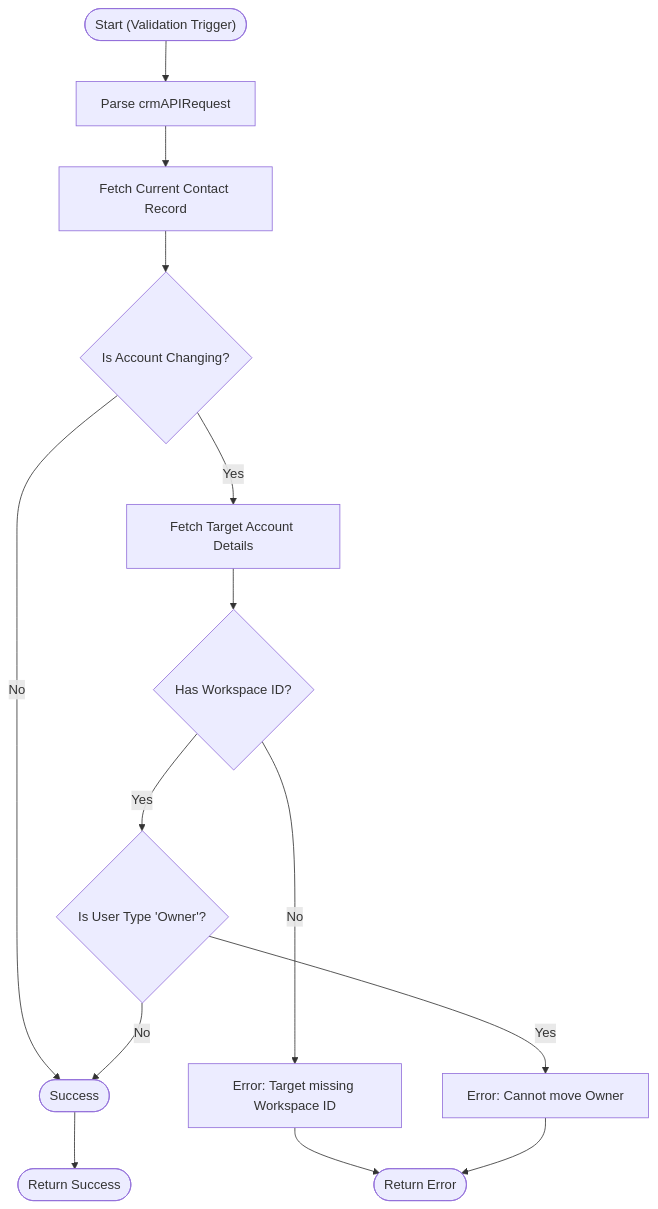
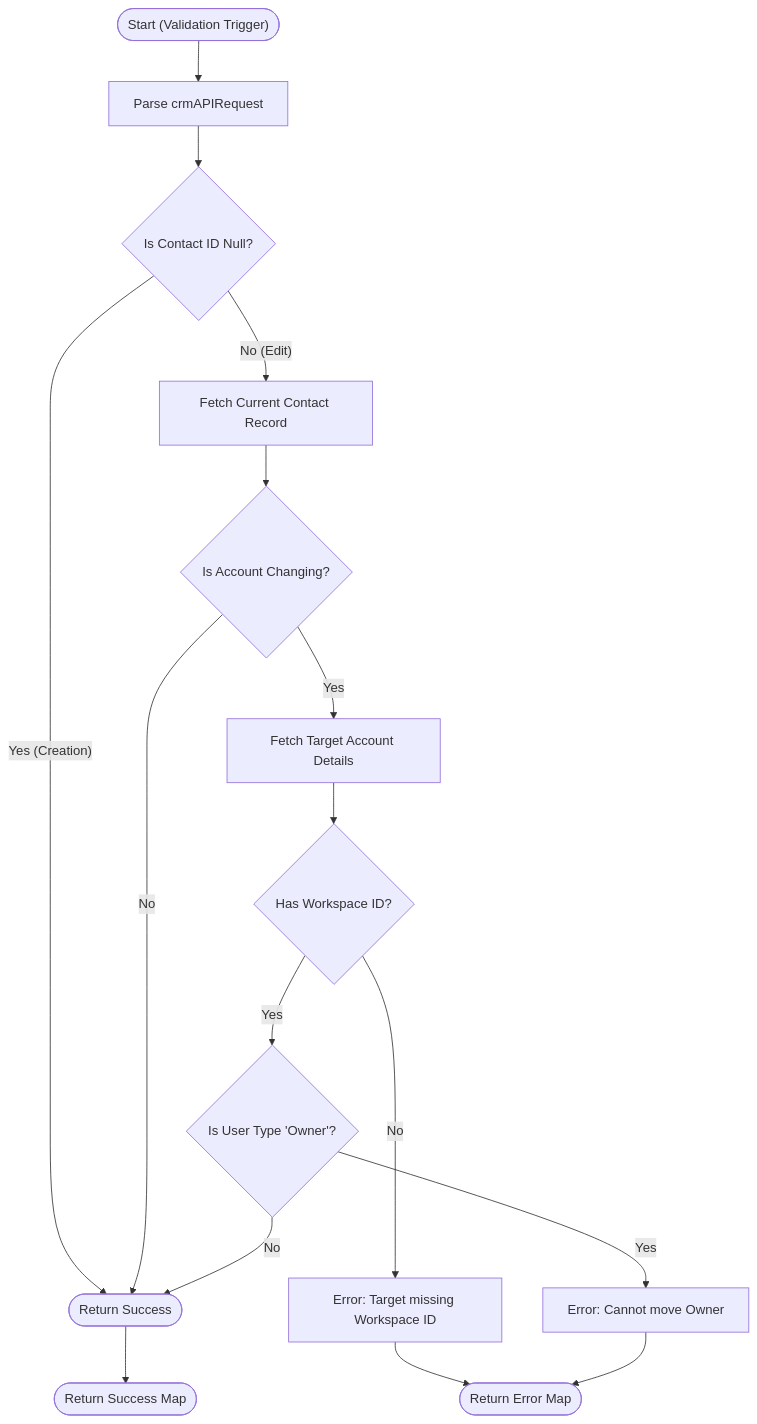
One commit to martinkp93/zoho-scripts changed the diagram in Validation Rules/Account Validation (on moving Contact to another Account)/ownerProtection.md. Above: the diagram before and after it, drawn with Mermaid. The commit also changed other lines of this file, not shown here.

````diff
--- a/Validation Rules/Account Validation (on moving Contact to another Account)/ownerProtection.md
+++ b/Validation Rules/Account Validation (on moving Contact to another Account)/ownerProtection.md
@@ -30,21 +30,25 @@
 ```mermaid
 graph TD
     Start(["Start (Validation Trigger)"]) --> Parse["Parse crmAPIRequest"]
-    Parse --> FetchCurrent["Fetch Current Contact Record"]
+    Parse --> CheckID{"Is Contact ID Null?"}
+    
+    CheckID -- "Yes (Creation)" --> Success(["Return Success"])
+    CheckID -- "No (Edit)" --> FetchCurrent["Fetch Current Contact Record"]
+    
     FetchCurrent --> CompareAccounts{"Is Account Changing?"}
     
-    CompareAccounts -- "No" --> Success(["Success"])
+    CompareAccounts -- "No" --> Success
     
     CompareAccounts -- "Yes" --> FetchTarget["Fetch Target Account Details"]
     FetchTarget --> CheckWorkspace{"Has Workspace ID?"}
     
     CheckWorkspace -- "No" --> ErrorWS["Error: Target missing Workspace ID"]
     CheckWorkspace -- "Yes" --> CheckOwner{"Is User Type 'Owner'?"}
     
     CheckOwner -- "Yes" --> ErrorOwner["Error: Cannot move Owner"]
     CheckOwner -- "No" --> Success
     
-    ErrorWS --> End(["Return Error"])
+    ErrorWS --> End(["Return Error Map"])
     ErrorOwner --> End
-    Success --> EndOK(["Return Success"])
+    Success --> EndOK(["Return Success Map"])
 ```
````
